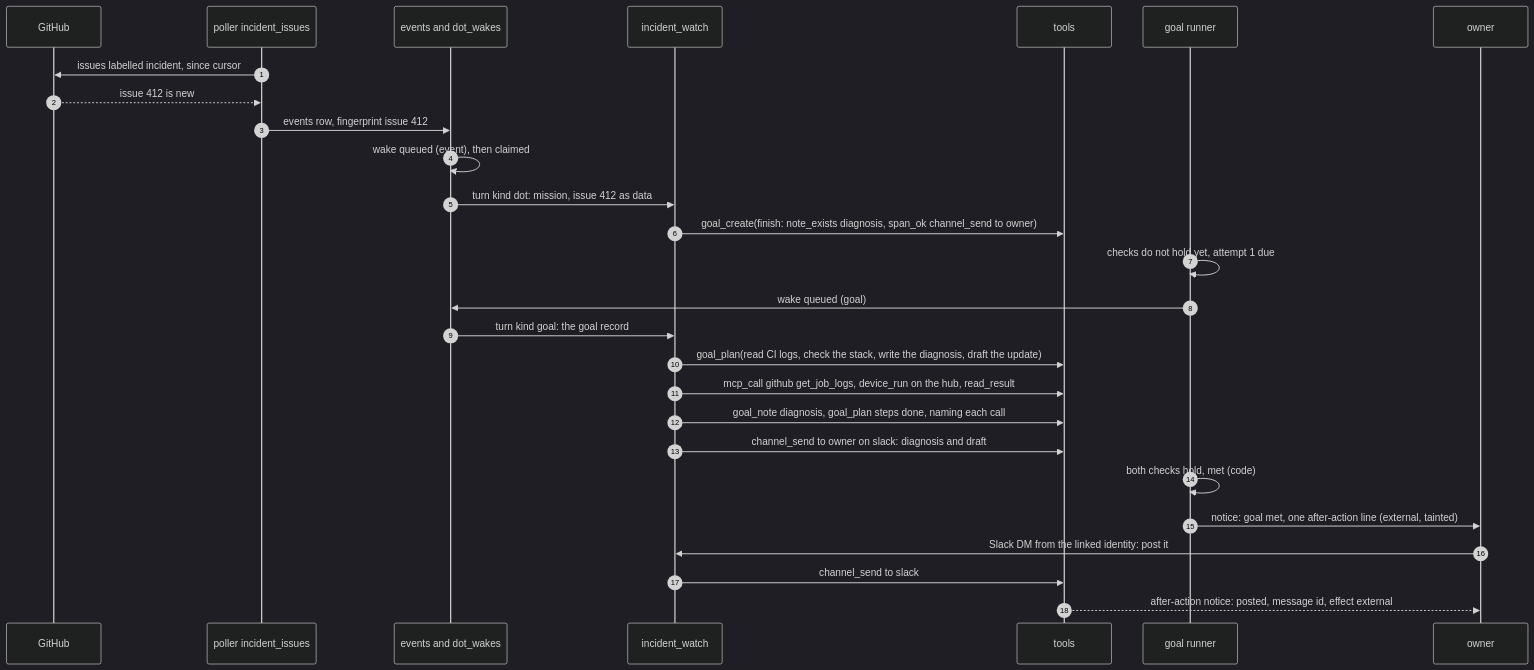
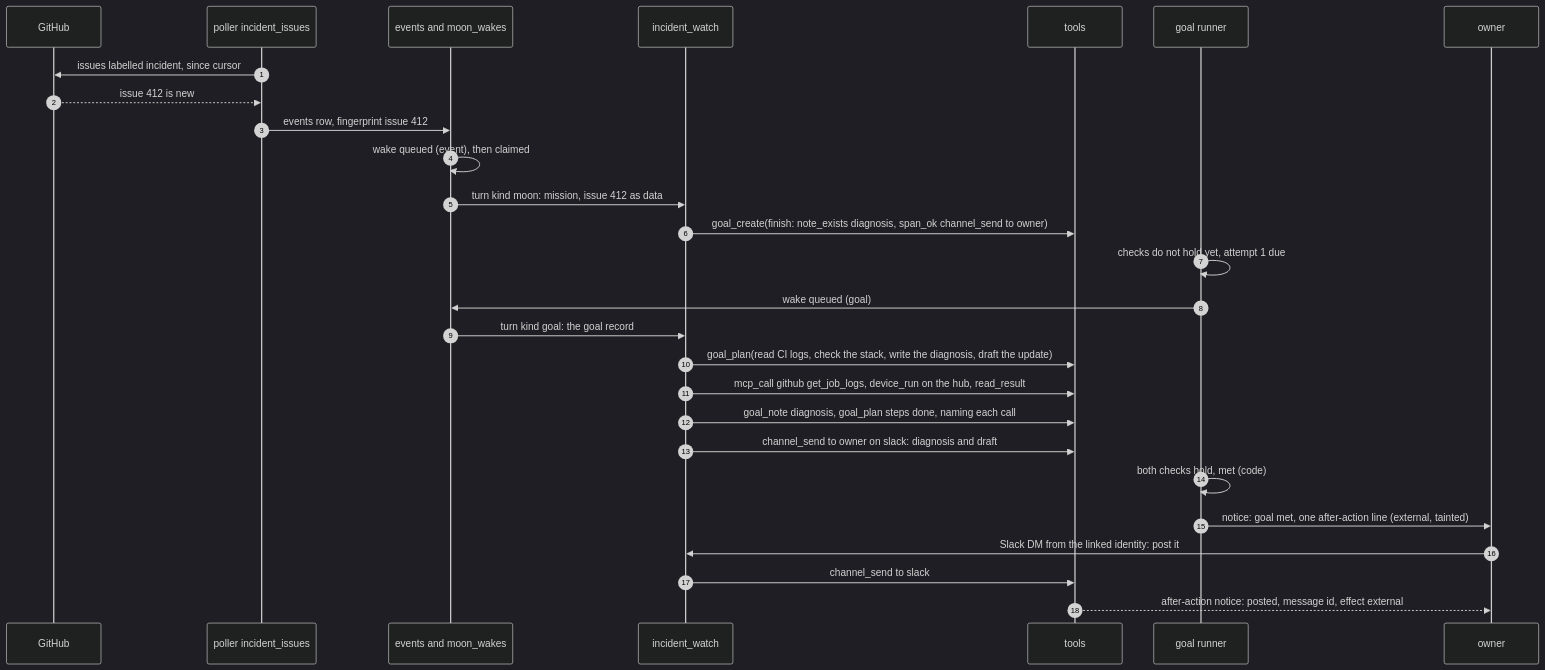
Before and after one commit to jeremyspofford/nova: the third of 3 diagrams in docs/plans/rebuild/s53/spec.md, drawn with Mermaid (dark theme). The commit also changed other lines of this file and 1 other file, not shown here.

````diff
--- a/docs/plans/rebuild/s53/spec.md
+++ b/docs/plans/rebuild/s53/spec.md
@@ -1389,29 +1406,29 @@
 ```mermaid
 sequenceDiagram
   autonumber
   participant GH as GitHub
   participant PL as poller incident_issues
-  participant Q as events and dot_wakes
+  participant Q as events and moon_wakes
   participant D as incident_watch
   participant T as tools
   participant G as goal runner
   participant O as owner
   PL->>GH: issues labelled incident, since cursor
   GH-->>PL: issue 412 is new
   PL->>Q: events row, fingerprint issue 412
   Q->>Q: wake queued (event), then claimed
-  Q->>D: turn kind dot: mission, issue 412 as data
+  Q->>D: turn kind moon: mission, issue 412 as data
   D->>T: goal_create(finish: note_exists diagnosis, span_ok channel_send to owner)
   G->>G: checks do not hold yet, attempt 1 due
   G->>Q: wake queued (goal)
   Q->>D: turn kind goal: the goal record
   D->>T: goal_plan(read CI logs, check the stack, write the diagnosis, draft the update)
   D->>T: mcp_call github get_job_logs, device_run on the hub, read_result
   D->>T: goal_note diagnosis, goal_plan steps done, naming each call
   D->>T: channel_send to owner on slack: diagnosis and draft
   G->>G: both checks hold, met (code)
   G->>O: notice: goal met, one after-action line (external, tainted)
   O->>D: Slack DM from the linked identity: post it
   D->>T: channel_send to slack #incidents
   T-->>O: after-action notice: posted, message id, effect external
 ```
````
